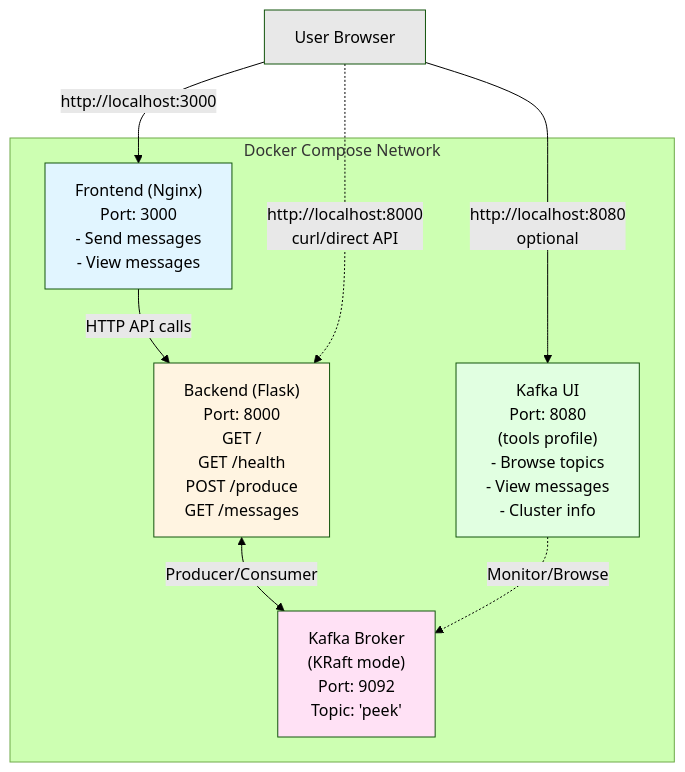
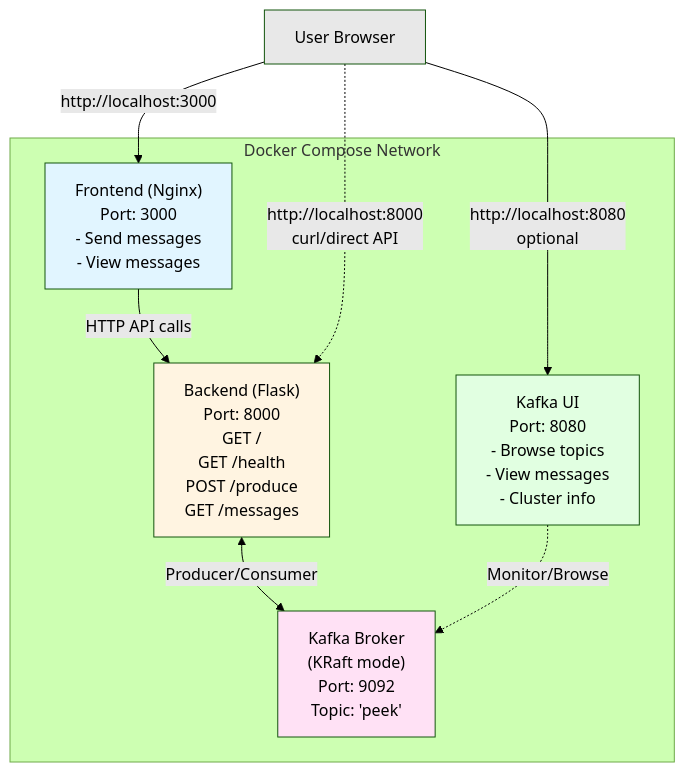
One commit to jturenov/kind changed the diagram in kafka_peek/README.md. Above: the diagram before and after it, drawn with Mermaid (forest theme). The commit also changed other lines of this file and 4 other files, not shown here.

````diff
--- a/kafka_peek/README.md
+++ b/kafka_peek/README.md
@@ -7,23 +7,23 @@
 ```mermaid
 graph TB
     subgraph "Docker Compose Network"
         Frontend["Frontend (Nginx)<br/>Port: 3000<br/>- Send messages<br/>- View messages"]
         Backend["Backend (Flask)<br/>Port: 8000<br/>GET /<br/>GET /health<br/>POST /produce<br/>GET /messages"]
         Kafka["Kafka Broker<br/>(KRaft mode)<br/>Port: 9092<br/>Topic: 'peek'"]
-        KafkaUI["Kafka UI<br/>Port: 8080<br/>(tools profile)<br/>- Browse topics<br/>- View messages<br/>- Cluster info"]
+        KafkaUI["Kafka UI<br/>Port: 8080<br/>- Browse topics<br/>- View messages<br/>- Cluster info"]
         
         Frontend -->|HTTP API calls| Backend
         Backend <-->|Producer/Consumer| Kafka
         KafkaUI -.->|Monitor/Browse| Kafka
     end
     
     User["User Browser"] -->|http://localhost:3000| Frontend
     User -->|http://localhost:8080<br/>optional| KafkaUI
     User -.->|http://localhost:8000<br/>curl/direct API| Backend
     
     style Frontend fill:#e1f5ff
     style Backend fill:#fff4e1
     style Kafka fill:#ffe1f5
     style KafkaUI fill:#e1ffe1
     style User fill:#e8e8e8
 ```
````
